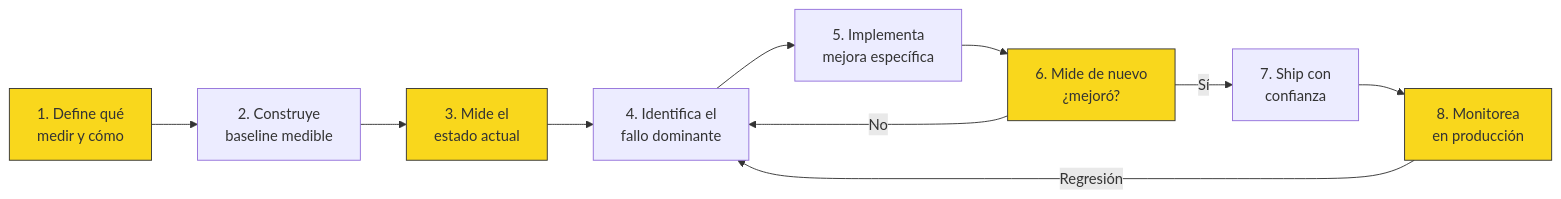
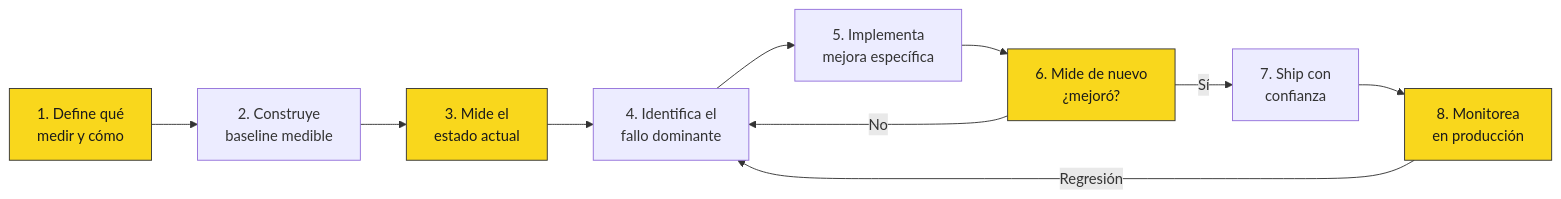
The third of 4 diagrams in 01-evals/theory/01-por-que-evals.md (Alonsomar/estudio-personal), drawn with Mermaid before and after one commit. The commit also changed other lines of this file and 20 other files, not shown here.

First line of the commit message:
fix(docs): texto oscuro en nodos Mermaid para legibilidad en modo oscuro

````diff
--- a/01-evals/theory/01-por-que-evals.md
+++ b/01-evals/theory/01-por-que-evals.md
@@ -108,17 +108,17 @@
 ```mermaid
 graph LR
     E1[1. Define qué<br/>medir y cómo] --> E2[2. Construye<br/>baseline medible]
     E2 --> E3[3. Mide el<br/>estado actual]
     E3 --> E4[4. Identifica el<br/>fallo dominante]
     E4 --> E5[5. Implementa<br/>mejora específica]
     E5 --> E6[6. Mide de nuevo<br/>¿mejoró?]
     E6 -->|Sí| E7[7. Ship con<br/>confianza]
     E6 -->|No| E4
     E7 --> E8[8. Monitorea<br/>en producción]
     E8 -->|Regresión| E4
 
-    style E1 fill:#f9d71c,stroke:#333
-    style E3 fill:#f9d71c,stroke:#333
-    style E6 fill:#f9d71c,stroke:#333
-    style E8 fill:#f9d71c,stroke:#333
+    style E1 fill:#f9d71c,stroke:#333,color:#1a1a1a
+    style E3 fill:#f9d71c,stroke:#333,color:#1a1a1a
+    style E6 fill:#f9d71c,stroke:#333,color:#1a1a1a
+    style E8 fill:#f9d71c,stroke:#333,color:#1a1a1a
 ```
````
